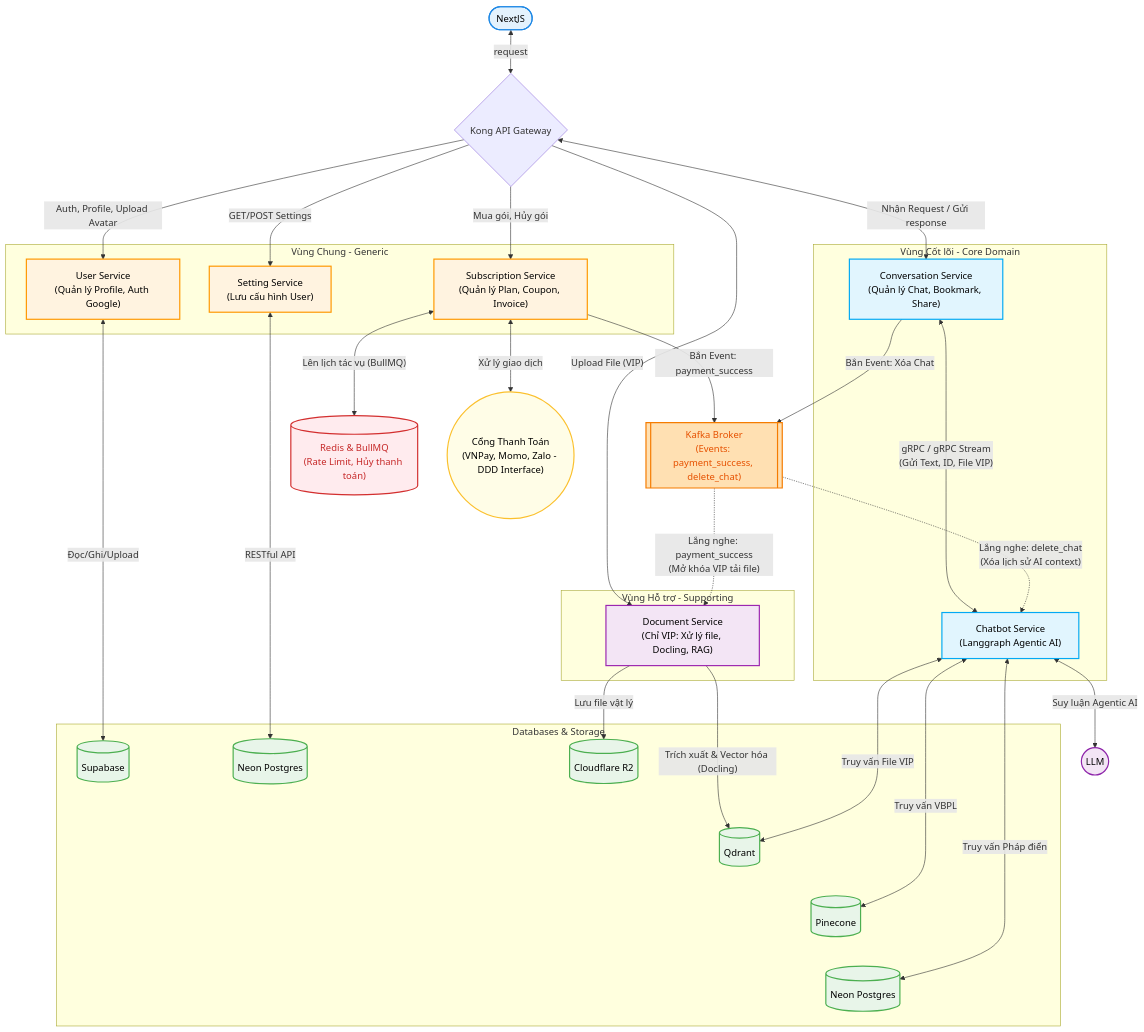
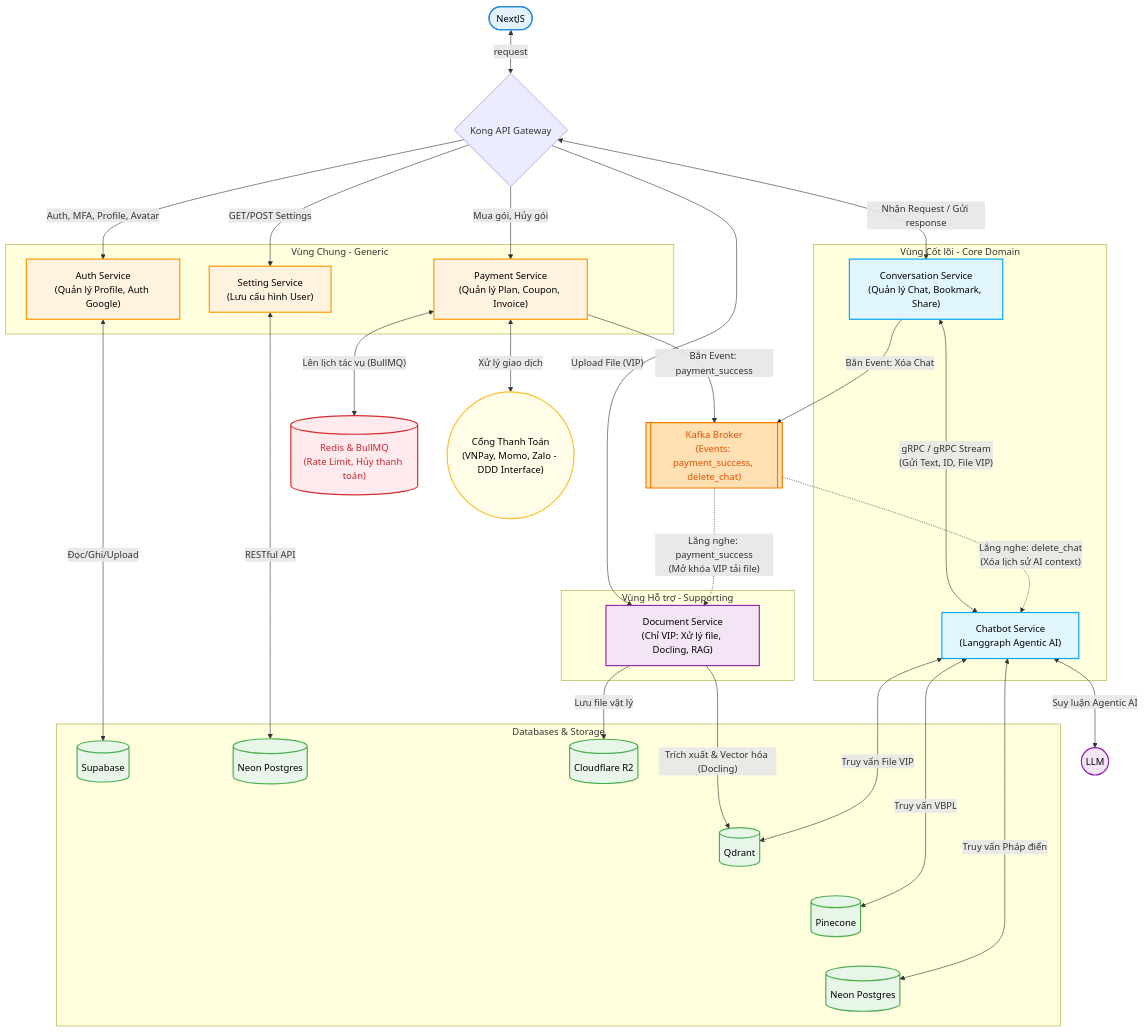
One commit to 20206205Tech/docs-markdown changed the diagram in docs/2. Công nghệ sử dụng/3.3. Chi tiết về các dịch vụ/0.mmd. Above: the diagram before and after it, drawn with Mermaid. The commit also changed 1 other file, not shown here.

```diff
--- a/docs/2. Công nghệ sử dụng/3.3. Chi tiết về các dịch vụ/0.mmd
+++ b/docs/2. Công nghệ sử dụng/3.3. Chi tiết về các dịch vụ/0.mmd
@@ -1,106 +1,93 @@
-
 flowchart TD
     Client(["NextJS"])
     Gateway{"Kong API Gateway"}
-
-
-
     Client <-->|"request"| Gateway
-
-
-
-
 
     %% Nhóm Database & Storage
     subgraph Databases [Databases & Storage]
         SupabaseDB[("Supabase")]
         NeonDB_Setting[("Neon Postgres")]
         Pinecone[("Pinecone")]
         Qdrant[("Qdrant")]
         NeonDB_Phapdien[("Neon Postgres")]
         R2[("Cloudflare R2")]
 
         %% Dùng liên kết vô hình để ép thứ tự từ trái sang phải
         R2 ~~~ Qdrant ~~~ Pinecone ~~~ NeonDB_Phapdien
     end
-
-
 
     %% Nhóm Message Broker & Cache
         Kafka[["Kafka Broker\n(Events: payment_success, delete_chat)"]]
         Redis[("Redis & BullMQ\n(Rate Limit, Hủy thanh toán)")]
 
     %% Nhóm Core Services (Vùng Cốt lõi)
     subgraph CoreDomain [Vùng Cốt lõi - Core Domain]
         ConvService["Conversation Service\n(Quản lý Chat, Bookmark, Share)"]
         ChatbotService["Chatbot Service\n(Langgraph Agentic AI)"]
     end
 
     %% Nhóm Supporting Services (Vùng Hỗ trợ)
     subgraph SupportDomain [Vùng Hỗ trợ - Supporting]
         DocService["Document Service\n(Chỉ VIP: Xử lý file, Docling, RAG)"]
     end
 
     %% Nhóm Generic Services (Vùng Chung)
     subgraph GenericDomain [Vùng Chung - Generic]
-        UserService["User Service\n(Quản lý Profile, Auth Google)"]
+        AuthService["Auth Service\n(Quản lý Profile, Auth Google)"]
         SettingService["Setting Service\n(Lưu cấu hình User)"]
-        SubService["Subscription Service\n(Quản lý Plan, Coupon, Invoice)"]
+        PaymentSvc["Payment Service\n(Quản lý Plan, Coupon, Invoice)"]
     end
 
     %% External Systems
     LLM(("LLM"))
     Payment(("Cổng Thanh Toán\n(VNPay, Momo, Zalo - DDD Interface)"))
 
-    %% --- ĐỊNH NGHĨA LUỒNG GIAO TIẾP ---
-
-    %% Gateway to Services
-    Gateway -->|"Auth, Profile, Upload Avatar"| UserService
+    Gateway -->|"Auth, MFA, Profile, Avatar"| AuthService
     Gateway -->|"GET/POST Settings"| SettingService
-    Gateway -->|"Mua gói, Hủy gói"| SubService
+    Gateway -->|"Mua gói, Hủy gói"| PaymentSvc
     Gateway -->|"Upload File (VIP)"| DocService
     Gateway <-->|"Nhận Request / Gửi response"| ConvService
 
     %% Service to Database/Storage
-    UserService <-->|"Đọc/Ghi/Upload"| SupabaseDB
+    AuthService <-->|"Đọc/Ghi/Upload"| SupabaseDB
     SettingService <-->|"RESTful API"| NeonDB_Setting
 
     %% Payment Luồng
-    SubService <-->|"Xử lý giao dịch"| Payment
-    SubService -->|"Bắn Event: payment_success"| Kafka
-    SubService <-->|"Lên lịch tác vụ (BullMQ)"| Redis
+    PaymentSvc <-->|"Xử lý giao dịch"| Payment
+    PaymentSvc -->|"Bắn Event: payment_success"| Kafka
+    PaymentSvc <-->|"Lên lịch tác vụ (BullMQ)"| Redis
 
     %% Document Processing Luồng
     DocService -->|"Lưu file vật lý"| R2
     DocService -->|"Trích xuất & Vector hóa (Docling)"| Qdrant
 
     %% Conversation & Chatbot Luồng (Quan trọng)
     ConvService <-->|"gRPC / gRPC Stream\n(Gửi Text, ID, File VIP)"| ChatbotService
     ConvService -->|"Bắn Event: Xóa Chat"| Kafka
 
     ChatbotService <-->|"Truy vấn VBPL"| Pinecone
     ChatbotService <-->|"Truy vấn Pháp điển"| NeonDB_Phapdien
     ChatbotService <-->|"Truy vấn File VIP"| Qdrant
     ChatbotService <-->|"Suy luận Agentic AI"| LLM
 
     %% --- LUỒNG CONSUMER NHẬN EVENT TỪ KAFKA ---
     Kafka -.->|"Lắng nghe: payment_success\n(Mở khóa VIP tải file)"| DocService
     Kafka -.->|"Lắng nghe: delete_chat\n(Xóa lịch sử AI context)"| ChatbotService
 
     %% Style Định dạng màu sắc chung
     classDef core fill:#e1f5fe,stroke:#03a9f4,stroke-width:2px,color:#000
     classDef support fill:#f3e5f5,stroke:#9c27b0,stroke-width:2px,color:#000
     classDef generic fill:#fff3e0,stroke:#ff9800,stroke-width:2px,color:#000
     classDef db fill:#e8f5e9,stroke:#4caf50,stroke-width:2px,color:#000
 
     class ConvService,ChatbotService core
     class DocService support
-    class UserService,SettingService,SubService generic
+    class AuthService,SettingService,PaymentSvc generic
     class SupabaseDB,NeonDB_Setting,NeonDB_Phapdien,Pinecone,Qdrant,R2 db
 
     %% --- TÔ MÀU ĐỘC LẬP THEO YÊU CẦU ---
     style Redis fill:#ffebee,stroke:#d32f2f,stroke-width:2px,color:#c62828
     style Kafka fill:#ffe0b2,stroke:#f57c00,stroke-width:2px,color:#e65100
     style Payment fill:#fffde7,stroke:#fbc02d,stroke-width:2px,color:#000
     style Client fill:#e3f2fd,stroke:#1e88e5,stroke-width:2px,color:#000
     style LLM fill:#f3e5f5,stroke:#8e24aa,stroke-width:2px,color:#000
```
